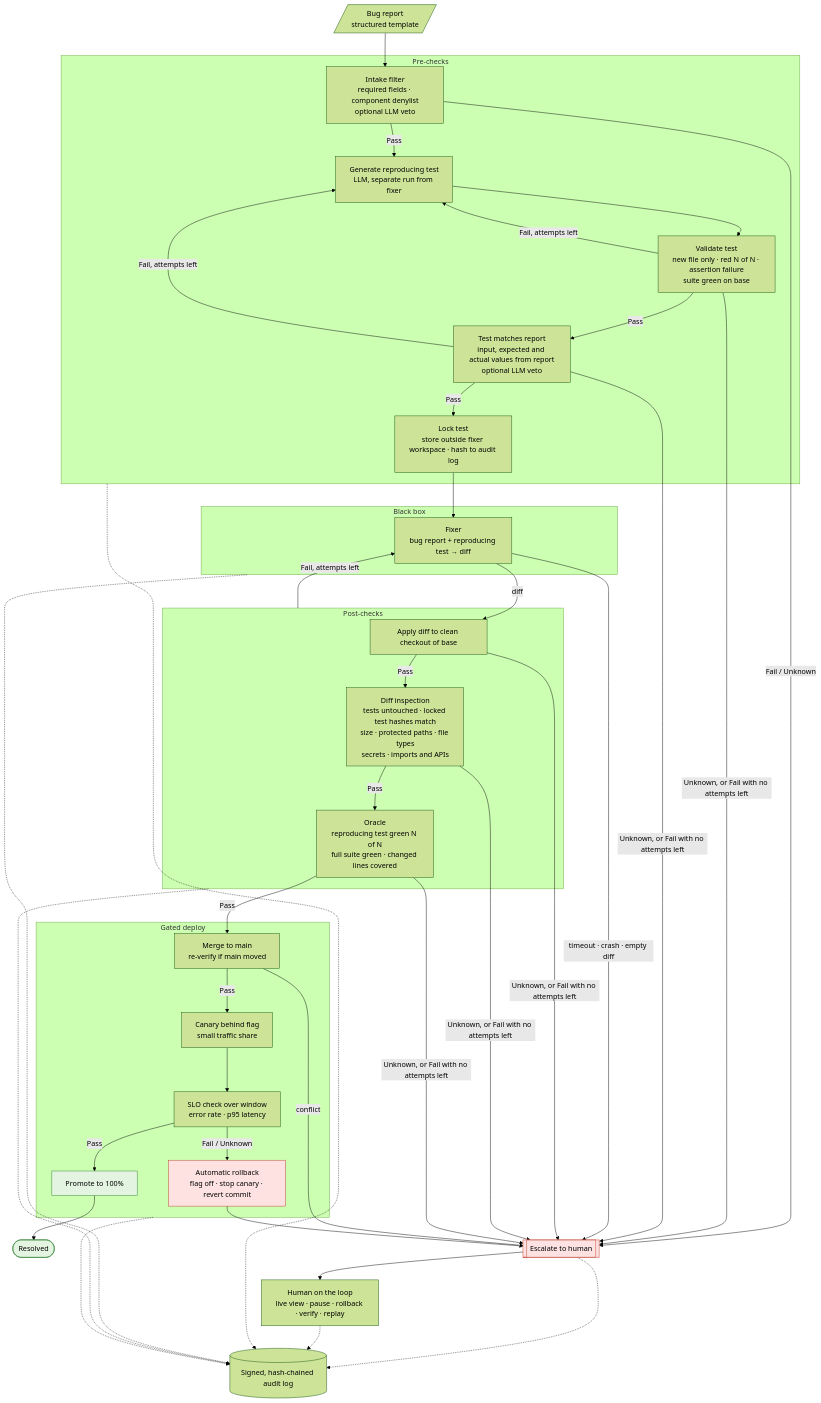
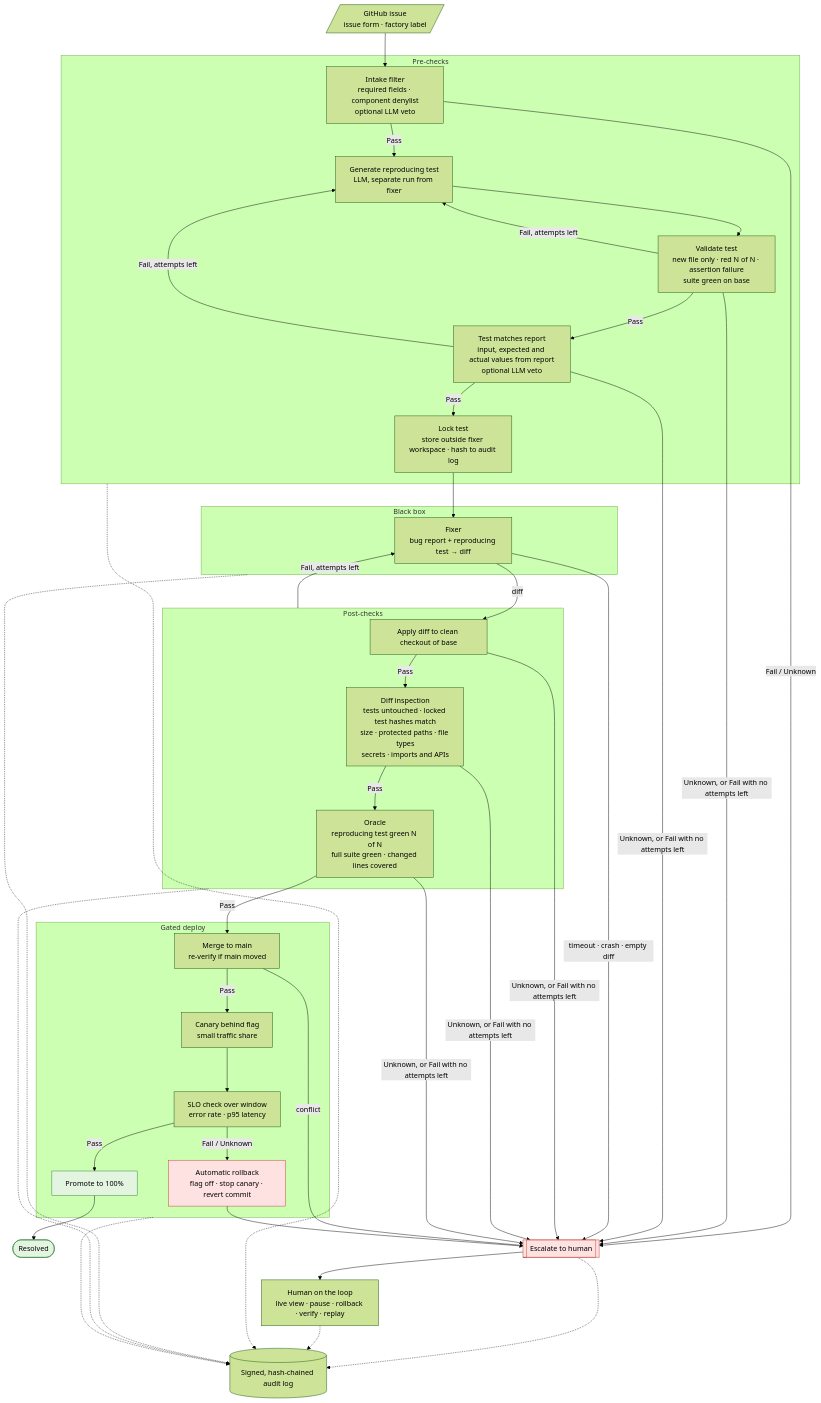
Before and after one commit to aische/dark_factory_for_bug_resolution: the diagram in .notes/Dark Factory for Bug Resolution — Requirements.md, drawn with Mermaid (forest theme). The commit also changed other lines of this file, not shown here.

````diff
--- a/.notes/Dark Factory for Bug Resolution — Requirements.md
+++ b/.notes/Dark Factory for Bug Resolution — Requirements.md
@@ -43,63 +43,63 @@
 ```mermaid
 flowchart TD
-    BR[/"Bug report<br/>structured template"/] --> IN
+    BR[/"GitHub issue<br/>issue form · factory label"/] --> IN
 
     subgraph PRE["Pre-checks"]
         IN["Intake filter<br/>required fields · component denylist<br/>optional LLM veto"]
         GEN["Generate reproducing test<br/>LLM, separate run from fixer"]
         VAL["Validate test<br/>new file only · red N of N · assertion failure<br/>suite green on base"]
         MATCH["Test matches report<br/>input, expected and actual values from report<br/>optional LLM veto"]
         LOCK["Lock test<br/>store outside fixer workspace · hash to audit log"]
         IN -->|Pass| GEN --> VAL
         VAL -->|Pass| MATCH
         VAL & MATCH -->|"Fail, attempts left"| GEN
         MATCH -->|Pass| LOCK
     end
 
     subgraph BOX["Black box"]
         FIX["Fixer<br/>bug report + reproducing test → diff"]
     end
 
     subgraph POST["Post-checks"]
         APPLY["Apply diff to clean checkout of base"]
         DIFF["Diff inspection<br/>tests untouched · locked test hashes match<br/>size · protected paths · file types<br/>secrets · imports and APIs"]
         ORA["Oracle<br/>reproducing test green N of N<br/>full suite green · changed lines covered"]
         APPLY -->|Pass| DIFF -->|Pass| ORA
     end
 
     subgraph DEP["Gated deploy"]
         MRG["Merge to main<br/>re-verify if main moved"]
         CAN["Canary behind flag<br/>small traffic share"]
         SLO["SLO check over window<br/>error rate · p95 latency"]
         PROM["Promote to 100%"]
         RB["Automatic rollback<br/>flag off · stop canary · revert commit"]
         MRG -->|Pass| CAN --> SLO
         SLO -->|Pass| PROM
         SLO -->|"Fail / Unknown"| RB
     end
 
     LOCK --> FIX
     FIX -->|diff| APPLY
     ORA -->|Pass| MRG
     PROM --> DONE(["Resolved"])
 
     ESC[["Escalate to human"]]
     IN -->|"Fail / Unknown"| ESC
     VAL & MATCH -->|"Unknown, or Fail with no attempts left"| ESC
     FIX -->|"timeout · crash · empty diff"| ESC
     POST -->|"Fail, attempts left"| FIX
     APPLY & DIFF & ORA -->|"Unknown, or Fail with no attempts left"| ESC
     MRG -->|conflict| ESC
     RB --> ESC
 
     AUD[("Signed, hash-chained audit log")]
     HUM["Human on the loop<br/>live view · pause · rollback · verify · replay"]
     PRE & BOX & POST & DEP & ESC -.-> AUD
     ESC --> HUM
     HUM -.-> AUD
 
     classDef esc fill:#fde2e1,stroke:#c0392b,color:#000
     classDef ok fill:#e3f4e1,stroke:#2e7d32,color:#000
     class ESC,RB esc
     class DONE,PROM ok
 ```
````
